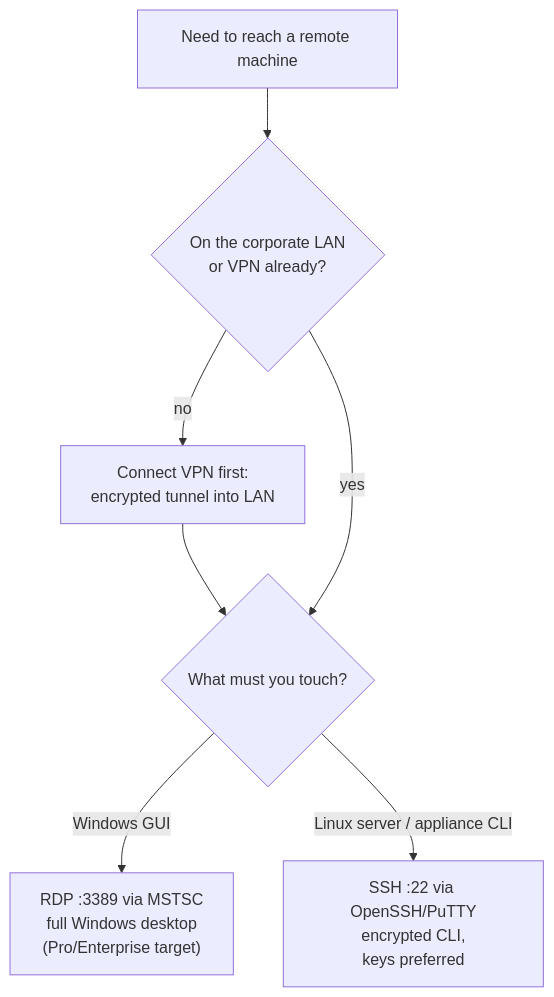
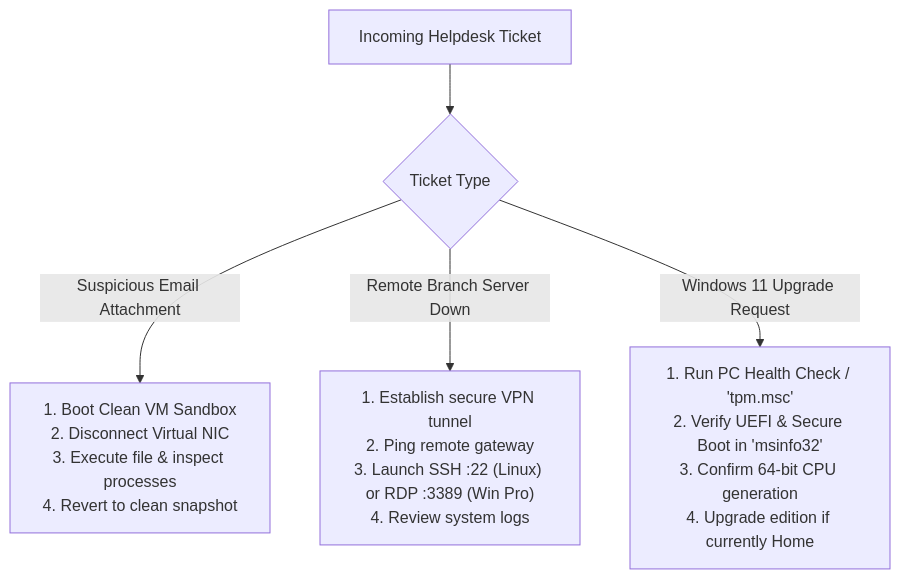
The third of 3 diagrams in content/docs/computer-basics/it-support/18-vms-remote-access-windows.mdx (1345AbhishekKumar/cs-cookbook), drawn with Mermaid before and after one commit. The commit also changed other lines of this file and 299 other files, not shown here.

````diff
--- a/content/docs/computer-basics/it-support/18-vms-remote-access-windows.mdx
+++ b/content/docs/computer-basics/it-support/18-vms-remote-access-windows.mdx
@@ -84,14 +184,7 @@
 ```mermaid
-flowchart TB
-    START["Need to reach a remote machine"]
-    ONLAN{"On the corporate LAN<br/>or VPN already?"}
-    VPN["Connect VPN first:<br/>encrypted tunnel into LAN"]
-    WHAT{"What must you touch?"}
-    RDP["RDP :3389 via MSTSC<br/>full Windows desktop<br/>(Pro/Enterprise target)"]
-    SSH["SSH :22 via OpenSSH/PuTTY<br/>encrypted CLI,<br/>keys preferred"]
-    START --> ONLAN
-    ONLAN -->|"no"| VPN --> WHAT
-    ONLAN -->|"yes"| WHAT
-    WHAT -->|"Windows GUI"| RDP
-    WHAT -->|"Linux server / appliance CLI"| SSH
+flowchart TD
+    TICKET["Incoming Helpdesk Ticket"] --> CAT{"Ticket Type"}
+    CAT -->|"Suspicious Email Attachment"| VM["1. Boot Clean VM Sandbox<br/>2. Disconnect Virtual NIC<br/>3. Execute file & inspect processes<br/>4. Revert to clean snapshot"]
+    CAT -->|"Remote Branch Server Down"| NET["1. Establish secure VPN tunnel<br/>2. Ping remote gateway<br/>3. Launch SSH :22 (Linux) or RDP :3389 (Win Pro)<br/>4. Review system logs"]
+    CAT -->|"Windows 11 Upgrade Request"| AUDIT["1. Run PC Health Check / 'tpm.msc'<br/>2. Verify UEFI & Secure Boot in 'msinfo32'<br/>3. Confirm 64-bit CPU generation<br/>4. Upgrade edition if currently Home"]
 ```
````
